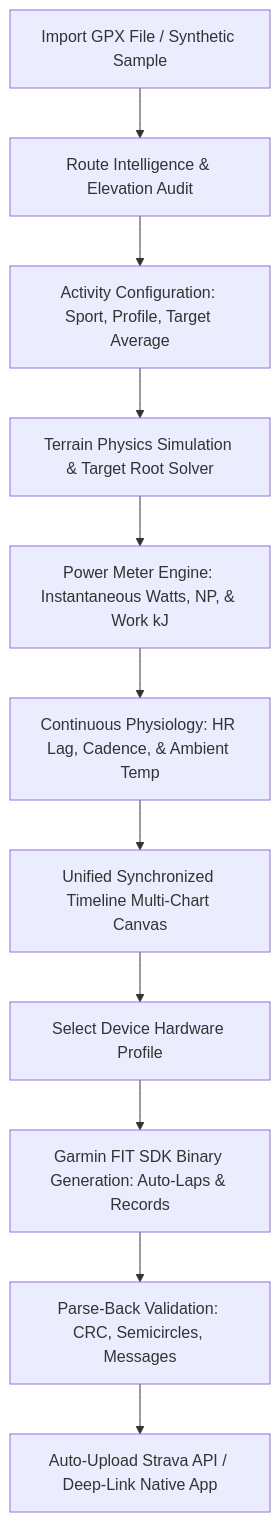
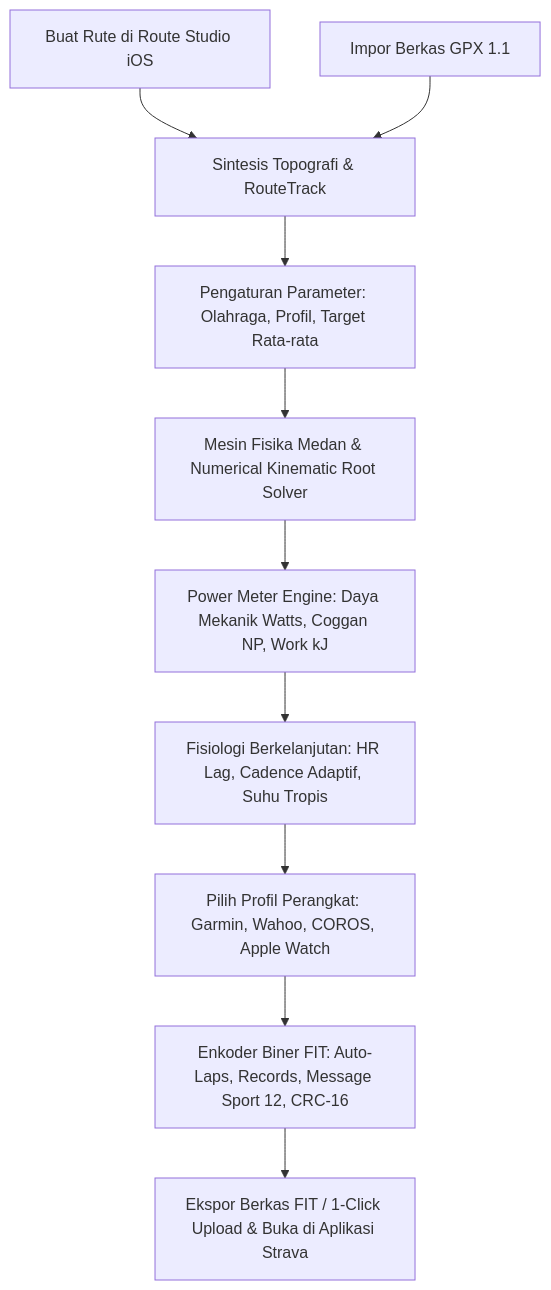
The diagram in README.md (ardianrifendy/strava-kalcer), drawn with Mermaid before and after one commit. The commit also changed other lines of this file and 1 other file, not shown here.

Commit message:
docs: consolidate entire documentation into single unified root README

````diff
--- a/README.md
+++ b/README.md
@@ -100,13 +126,12 @@
 ```mermaid
 flowchart TD
-    A[Import GPX File / Synthetic Sample] --> B[Route Intelligence & Elevation Audit]
-    B --> C[Activity Configuration: Sport, Profile, Target Average]
-    C --> D[Terrain Physics Simulation & Target Root Solver]
-    D --> E[Power Meter Engine: Instantaneous Watts, NP, & Work kJ]
-    E --> F[Continuous Physiology: HR Lag, Cadence, & Ambient Temp]
-    F --> G[Unified Synchronized Timeline Multi-Chart Canvas]
-    G --> H[Select Device Hardware Profile]
-    H --> I[Garmin FIT SDK Binary Generation: Auto-Laps & Records]
-    I --> J[Parse-Back Validation: CRC, Semicircles, Messages]
-    J --> K[Auto-Upload Strava API / Deep-Link Native App]
+    A1[Buat Rute di Route Studio iOS] --> B[Sintesis Topografi & RouteTrack]
+    A2[Impor Berkas GPX 1.1] --> B
+    B --> C[Pengaturan Parameter: Olahraga, Profil, Target Rata-rata]
+    C --> D[Mesin Fisika Medan & Numerical Kinematic Root Solver]
+    D --> E[Power Meter Engine: Daya Mekanik Watts, Coggan NP, Work kJ]
+    E --> F[Fisiologi Berkelanjutan: HR Lag, Cadence Adaptif, Suhu Tropis]
+    F --> G[Pilih Profil Perangkat: Garmin, Wahoo, COROS, Apple Watch]
+    G --> H[Enkoder Biner FIT: Auto-Laps, Records, Message Sport 12, CRC-16]
+    H --> I[Ekspor Berkas FIT / 1-Click Upload & Buka di Aplikasi Strava]
 ```
````
